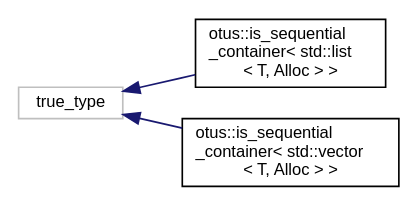
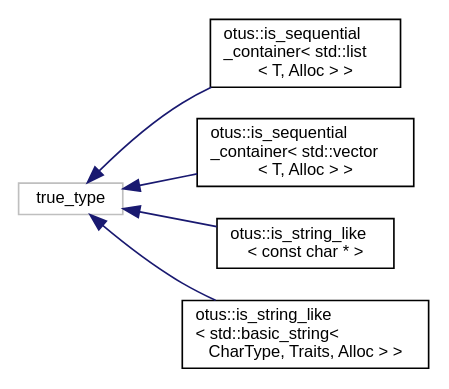
The diagram in inherit_graph_1.dot (felixpalta/otus-4-print_ip), drawn with Graphviz before and after one commit. The commit also changed 35 other files, not shown here.

```diff
--- a/inherit_graph_1.dot
+++ b/inherit_graph_1.dot
@@ -1,11 +1,15 @@
 digraph "Graphical Class Hierarchy"
 {
   edge [fontname="Helvetica",fontsize="10",labelfontname="Helvetica",labelfontsize="10"];
   node [fontname="Helvetica",fontsize="10",shape=record];
   rankdir="LR";
   Node1 [label="true_type",height=0.2,width=0.4,color="grey75", fillcolor="white", style="filled"];
   Node1 -> Node2 [dir="back",color="midnightblue",fontsize="10",style="solid",fontname="Helvetica"];
   Node2 [label="otus::is_sequential\l_container\< std::list\l\< T, Alloc \> \>",height=0.2,width=0.4,color="black", fillcolor="white", style="filled",URL="$structotus_1_1is__sequential__container_3_01std_1_1list_3_01T_00_01Alloc_01_4_01_4.html",tooltip="Positive case for std::list type trait. "];
   Node1 -> Node3 [dir="back",color="midnightblue",fontsize="10",style="solid",fontname="Helvetica"];
   Node3 [label="otus::is_sequential\l_container\< std::vector\l\< T, Alloc \> \>",height=0.2,width=0.4,color="black", fillcolor="white", style="filled",URL="$structotus_1_1is__sequential__container_3_01std_1_1vector_3_01T_00_01Alloc_01_4_01_4.html",tooltip="Positive case for std::vector type trait. "];
+  Node1 -> Node4 [dir="back",color="midnightblue",fontsize="10",style="solid",fontname="Helvetica"];
+  Node4 [label="otus::is_string_like\l\< const char * \>",height=0.2,width=0.4,color="black", fillcolor="white", style="filled",URL="$structotus_1_1is__string__like_3_01const_01char_01_5_01_4.html"];
+  Node1 -> Node5 [dir="back",color="midnightblue",fontsize="10",style="solid",fontname="Helvetica"];
+  Node5 [label="otus::is_string_like\l\< std::basic_string\<\l CharType, Traits, Alloc \> \>",height=0.2,width=0.4,color="black", fillcolor="white", style="filled",URL="$structotus_1_1is__string__like_3_01std_1_1basic__string_3_01CharType_00_01Traits_00_01Alloc_01_4_01_4.html",tooltip="Positive case for std::vector type trait. "];
 }
```
